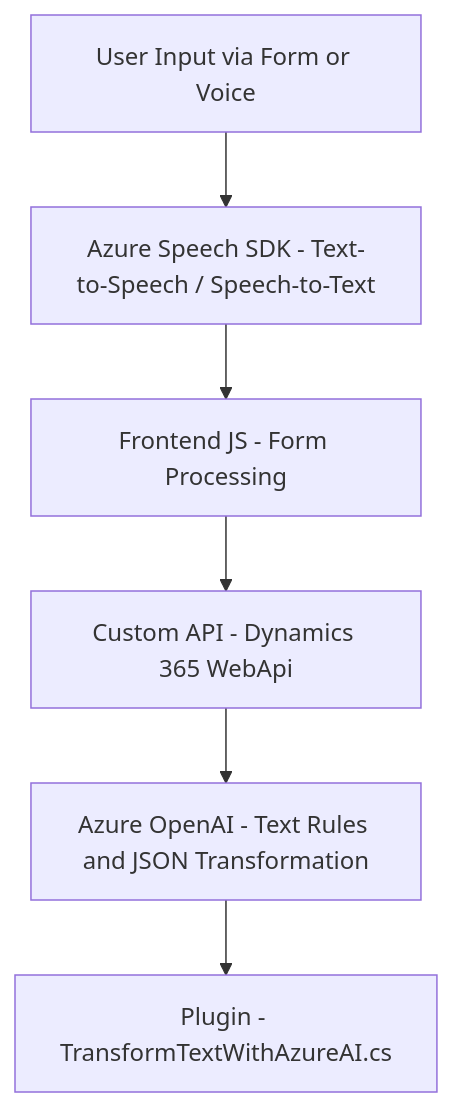
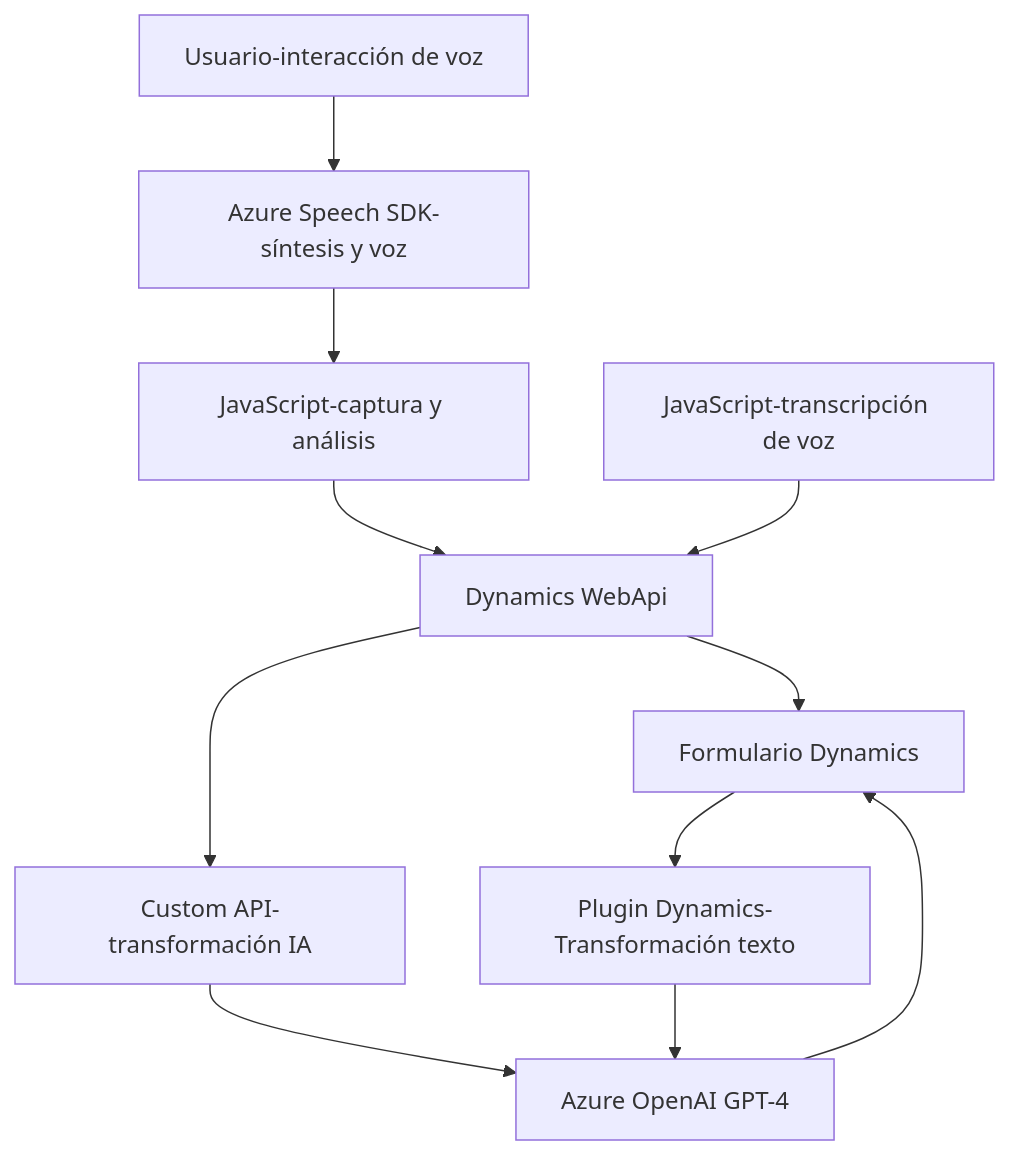
One commit to blopezdm/NETCORE_BILBAO2025 changed the diagram in README.md. Above: the diagram before and after it, drawn with Mermaid. The commit also changed other lines of this file, not shown here.

Commit message:
Actualizar análisis global de la solución con IA

````diff
--- a/README.md
+++ b/README.md
@@ -38,15 +52,13 @@
 ```mermaid
 graph TD
-    A["User Input via Form or Voice"]
-    B["Azure Speech SDK - Text-to-Speech / Speech-to-Text"]
-    C["Custom API - Dynamics 365 WebApi"]
-    D["Frontend JS - Form Processing"]
-    E["Azure OpenAI - Text Rules and JSON Transformation"]
-    F["Plugin - TransformTextWithAzureAI.cs"]
-
-    A --> B
-    B --> D
-    D --> C
-    C --> E
-    E --> F
+    A["Usuario-interacción de voz"] --> B["Azure Speech SDK-síntesis y voz"]
+    B --> C["JavaScript-captura y análisis"]
+    C --> D["Dynamics WebApi"]
+    D --> E["Formulario Dynamics"]
+    F["JavaScript-transcripción de voz"] --> D
+    D --> G["Custom API-transformación IA"]
+    G --> H["Azure OpenAI GPT-4"]
+    E --> I["Plugin Dynamics-Transformación texto"]
+    I --> H
+    H --> E
 ```
````
